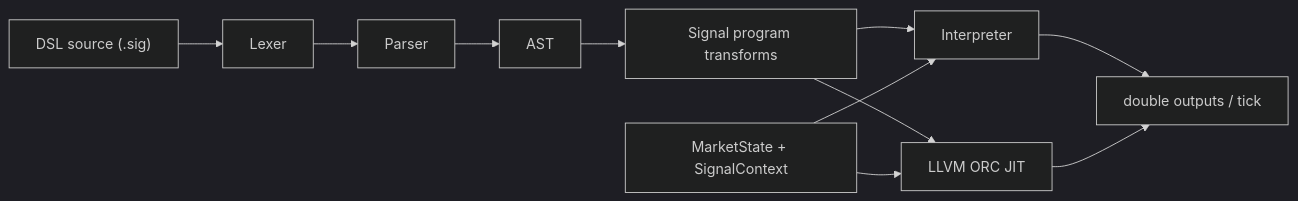
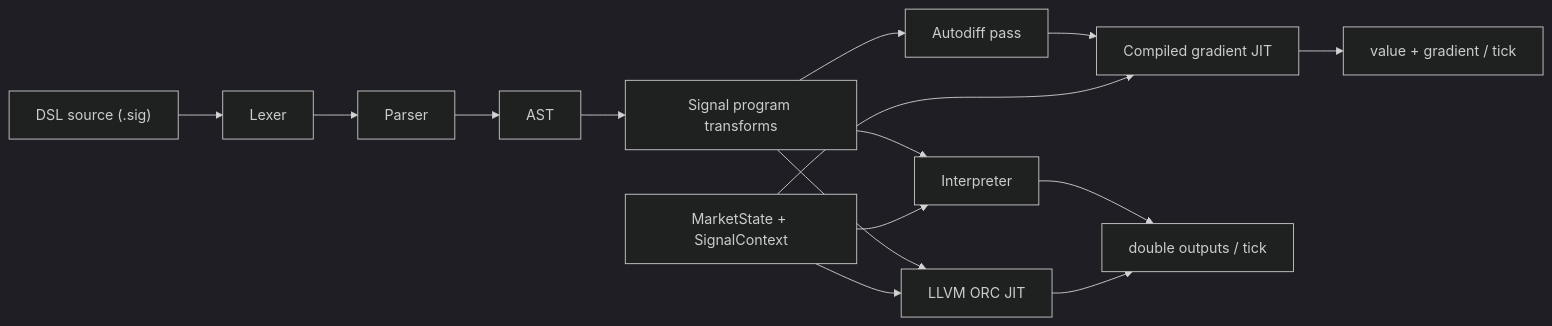
The diagram in docs/architecture.md (gentialiaj411/jit-signal-engine), drawn with Mermaid (dark theme) before and after one commit. The commit also changed other lines of this file and 165 other files, not shown here.

````diff
--- a/docs/architecture.md
+++ b/docs/architecture.md
@@ -17,13 +20,17 @@
 ```mermaid
 flowchart LR
   A["DSL source (.sig)"] --> B["Lexer"]
   B --> C["Parser"]
   C --> D["AST"]
   D --> E["Signal program transforms"]
   E --> F["Interpreter"]
   E --> G["LLVM ORC JIT"]
+  E --> J["Autodiff pass"]
+  J --> K["Compiled gradient JIT"]
   F --> H["double outputs / tick"]
   G --> H
+  K --> L["value + gradient / tick"]
   I["MarketState + SignalContext"] --> F
   I --> G
+  I --> K
 ```
````
